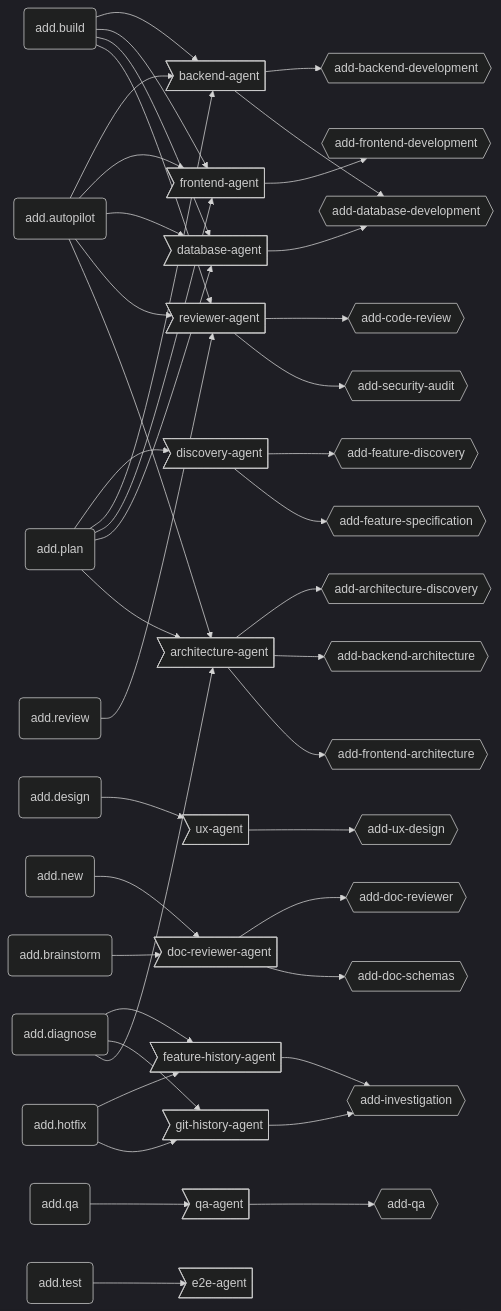
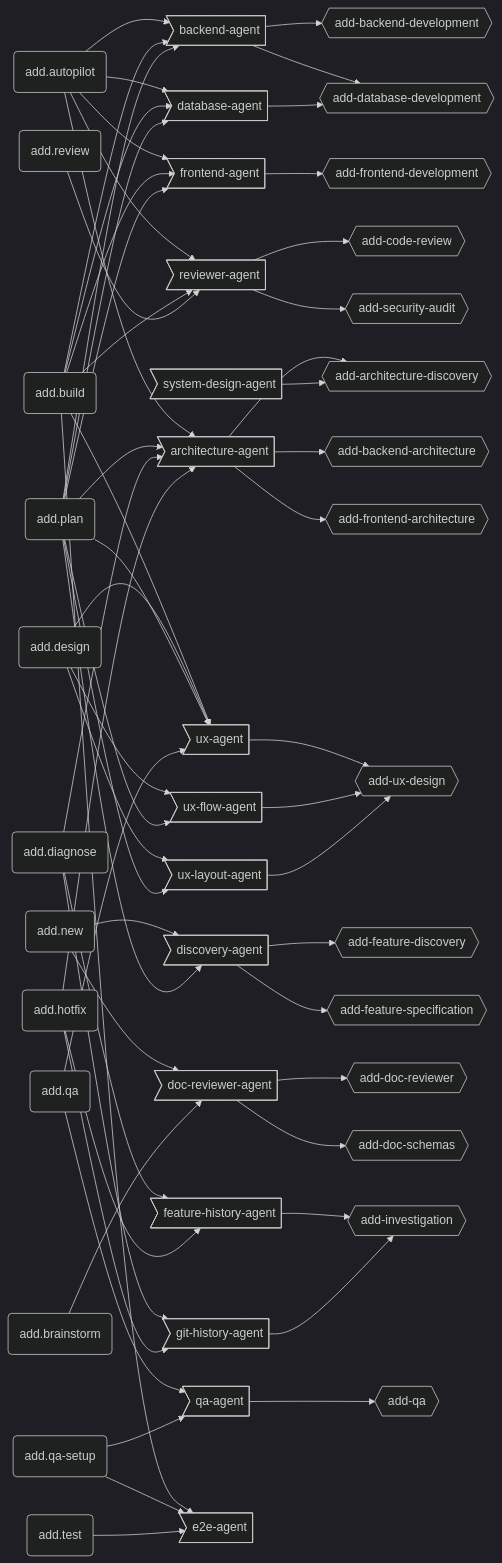
The third of 4 diagrams in ecosystem.md (brabos-ai/code-addiction), drawn with Mermaid (dark theme) before and after one commit. The commit also changed other lines of this file and 5 other files, not shown here.

````diff
--- a/ecosystem.md
+++ b/ecosystem.md
@@ -103,67 +117,75 @@
 ```mermaid
 graph LR
   AUTO(add.autopilot)
   BUILD(add.build)
   DESIGN(add.design)
   NEW(add.new)
   DIAGNOSE(add.diagnose)
   HOTFIX(add.hotfix)
   REVIEW(add.review)
   PLAN(add.plan)
   BRAINSTORM(add.brainstorm)
   QA(add.qa)
+  QASETUP(add.qa-setup)
   TEST(add.test)
 
   BA>backend-agent]
   FA>frontend-agent]
   DA>database-agent]
   RA>reviewer-agent]
   UXA>ux-agent]
+  UXF>ux-flow-agent]
+  UXL>ux-layout-agent]
   DISCO>discovery-agent]
   DOCR>doc-reviewer-agent]
   ARCH>architecture-agent]
+  SDA>system-design-agent]
   FHA>feature-history-agent]
   GHA>git-history-agent]
   QAA>qa-agent]
   E2EA>e2e-agent]
 
   BE{{add-backend-development}}
   FE{{add-frontend-development}}
   DB{{add-database-development}}
   CR{{add-code-review}}
   SA{{add-security-audit}}
   UX{{add-ux-design}}
   FD{{add-feature-discovery}}
   FS{{add-feature-specification}}
   DR{{add-doc-reviewer}}
   DS{{add-doc-schemas}}
   AD{{add-architecture-discovery}}
   BARCH{{add-backend-architecture}}
   FARCH{{add-frontend-architecture}}
   IV{{add-investigation}}
   QSK{{add-qa}}
 
   AUTO --> BA & FA & DA & RA & ARCH
-  BUILD --> BA & FA & DA & RA
-  DESIGN --> UXA
-  NEW --> DOCR
-  PLAN --> DISCO & BA & FA & DA & ARCH
+  BUILD --> BA & FA & DA & RA & UXA & E2EA
+  DESIGN --> UXF & UXL & UXA
+  NEW --> DISCO & DOCR
+  PLAN --> DISCO & BA & FA & DA & ARCH & UXF & UXL & UXA
   REVIEW --> RA
   BRAINSTORM --> DOCR
   DIAGNOSE --> FHA & GHA & ARCH
-  HOTFIX --> FHA & GHA
-  QA --> QAA
+  HOTFIX --> FHA & GHA & ARCH
+  QA --> QAA & UXA
+  QASETUP --> QAA & E2EA
   TEST --> E2EA
 
   BA --> BE & DB
   FA --> FE
   DA --> DB
   RA --> CR & SA
   UXA --> UX
+  UXF --> UX
+  UXL --> UX
   DISCO --> FD & FS
   DOCR --> DR & DS
   ARCH --> AD & BARCH & FARCH
+  SDA --> AD
   FHA --> IV
   GHA --> IV
   QAA --> QSK
 ```
````
